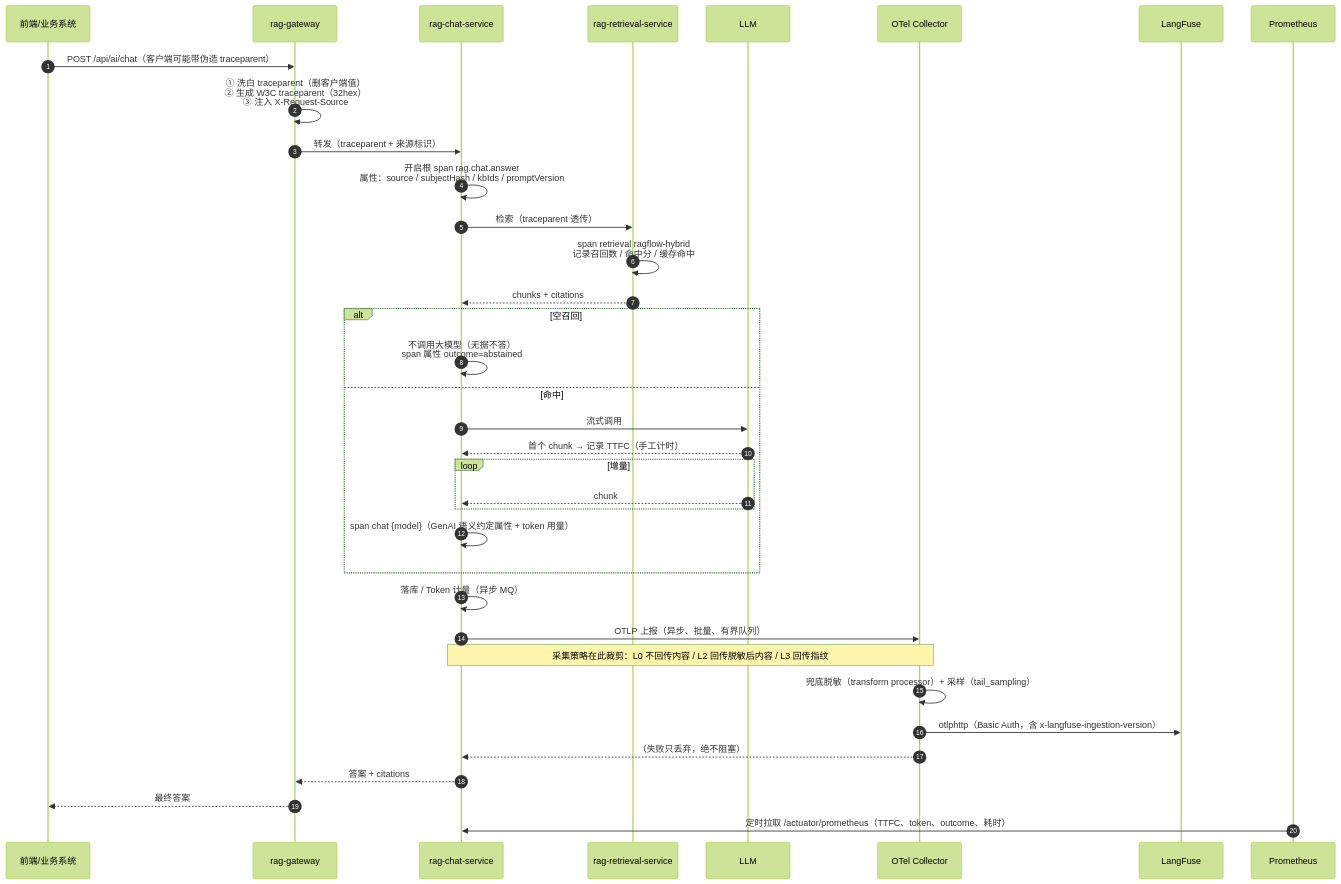
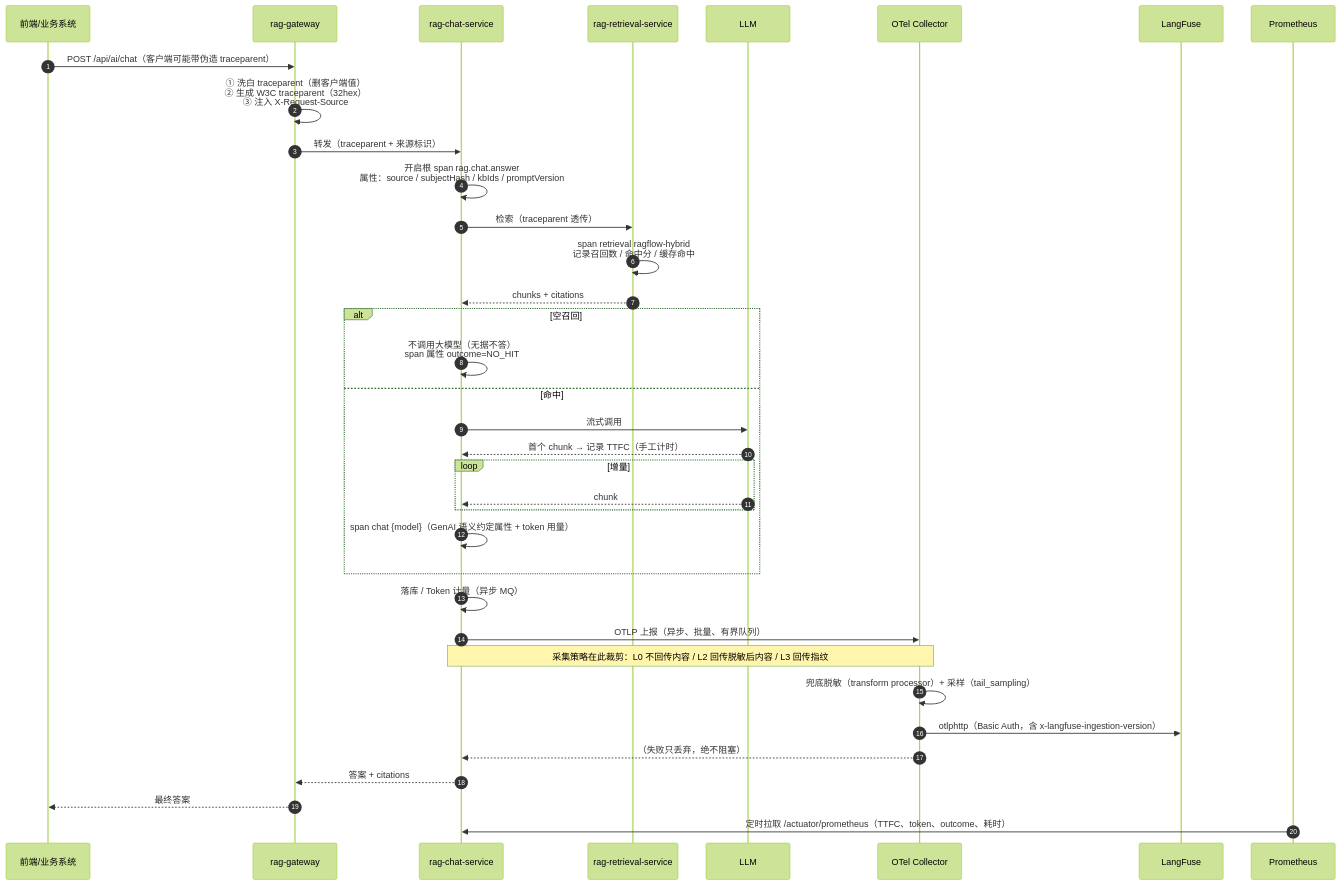
Before and after one commit to Victory1688/fintech-rag-platform: the second of 2 diagrams in docs/05-AI可观测与运维监控方案.md, drawn with Mermaid (forest theme). The commit also changed other lines of this file and 3 other files, not shown here.

````diff
--- a/docs/05-AI可观测与运维监控方案.md
+++ b/docs/05-AI可观测与运维监控方案.md
@@ -203,40 +203,40 @@
 ```mermaid
 sequenceDiagram
     autonumber
     participant U as 前端/业务系统
     participant GW as rag-gateway
     participant CH as rag-chat-service
     participant RT as rag-retrieval-service
     participant LLM as LLM
     participant COT as OTel Collector
     participant LF as LangFuse
     participant PM as Prometheus
 
     U->>GW: POST /api/ai/chat（客户端可能带伪造 traceparent）
     GW->>GW: ① 洗白 traceparent（删客户端值）<br/>② 生成 W3C traceparent（32hex）<br/>③ 注入 X-Request-Source
     GW->>CH: 转发（traceparent + 来源标识）
     CH->>CH: 开启根 span rag.chat.answer<br/>属性：source / subjectHash / kbIds / promptVersion
     CH->>RT: 检索（traceparent 透传）
     RT->>RT: span retrieval ragflow-hybrid<br/>记录召回数 / 命中分 / 缓存命中
     RT-->>CH: chunks + citations
     alt 空召回
-        CH->>CH: 不调用大模型（无据不答）<br/>span 属性 outcome=abstained
+        CH->>CH: 不调用大模型（无据不答）<br/>span 属性 outcome=NO_HIT
     else 命中
         CH->>LLM: 流式调用
         LLM-->>CH: 首个 chunk → 记录 TTFC（手工计时）
         loop 增量
             LLM-->>CH: chunk
         end
         CH->>CH: span chat {model}（GenAI 语义约定属性 + token 用量）
     end
     CH->>CH: 落库 / Token 计量（异步 MQ）
     CH->>COT: OTLP 上报（异步、批量、有界队列）
     Note over CH,COT: 采集策略在此裁剪：L0 不回传内容 / L2 回传脱敏后内容 / L3 回传指纹
     COT->>COT: 兜底脱敏（transform processor）+ 采样（tail_sampling）
     COT->>LF: otlphttp（Basic Auth，含 x-langfuse-ingestion-version）
     COT-->>CH: （失败只丢弃，绝不阻塞）
     CH-->>GW: 答案 + citations
     GW-->>U: 最终答案
 
     PM->>CH: 定时拉取 /actuator/prometheus（TTFC、token、outcome、耗时）
 ```
````
